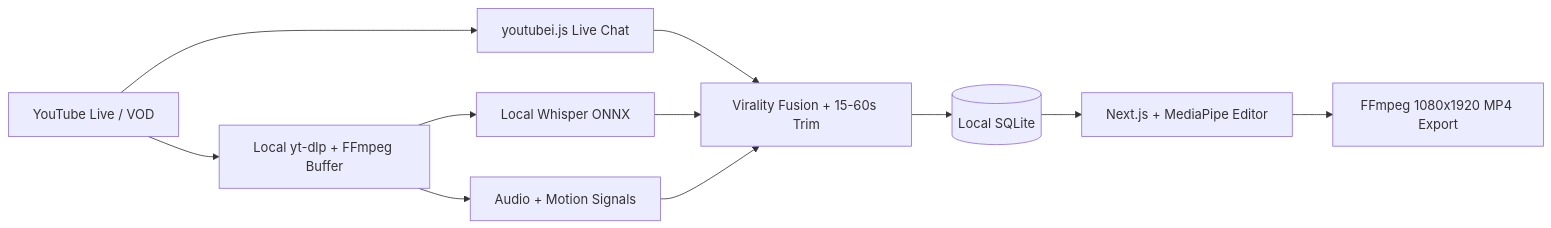
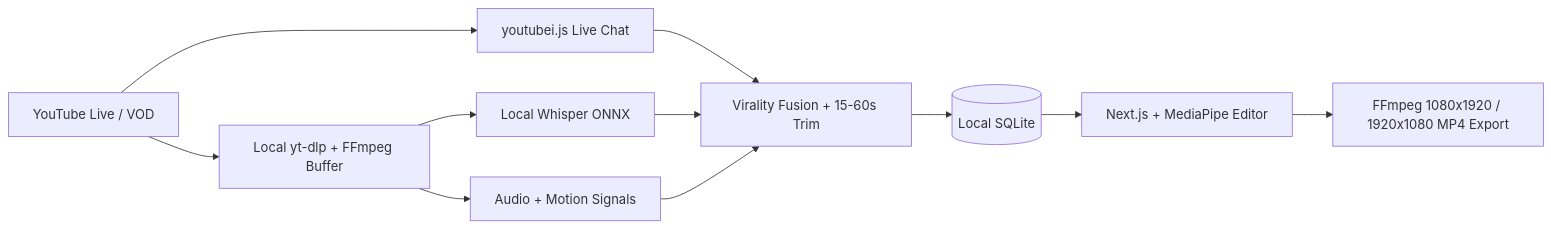
One commit to Danyalmalik2770/clipper changed the diagram in README.md. Above: the diagram before and after it, drawn with Mermaid. The commit also changed other lines of this file, not shown here.

````diff
--- a/README.md
+++ b/README.md
@@ -28,13 +58,13 @@
 ```mermaid
 flowchart LR
   YT[YouTube Live / VOD] --> YTDLP[Local yt-dlp + FFmpeg Buffer]
   YT --> CHAT[youtubei.js Live Chat]
   YTDLP --> WHISPER[Local Whisper ONNX]
   YTDLP --> SIG[Audio + Motion Signals]
   CHAT --> FUSE[Virality Fusion + 15-60s Trim]
   WHISPER --> FUSE
   SIG --> FUSE
   FUSE --> DB[(Local SQLite)]
   DB --> UI[Next.js + MediaPipe Editor]
-  UI --> RENDER[FFmpeg 1080x1920 MP4 Export]
+  UI --> RENDER[FFmpeg 1080x1920 / 1920x1080 MP4 Export]
 ```
````
